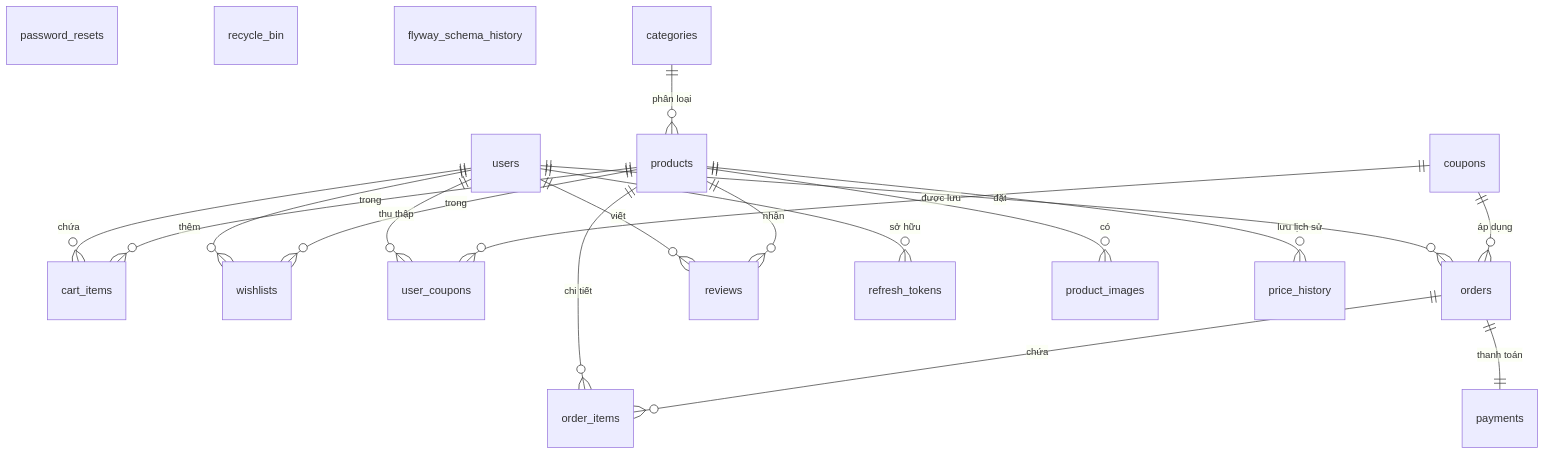
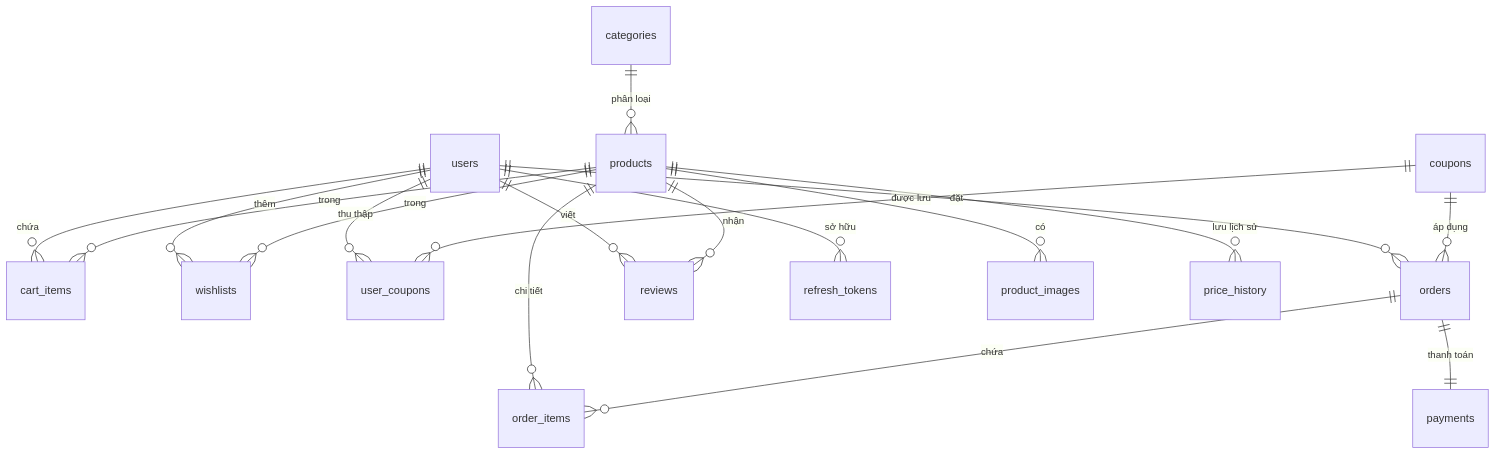
One commit to buithanhanhvu/WEBBANHANG changed the second of 2 diagrams in README.md. Above: the diagram before and after it, drawn with Mermaid. The commit also changed other lines of this file and 16 other files, not shown here.

````diff
--- a/README.md
+++ b/README.md
@@ -85,27 +103,22 @@
 ```mermaid
 erDiagram
     users ||--o{ cart_items : "chứa"
     users ||--o{ wishlists : "thêm"
     users ||--o{ user_coupons : "thu thập"
     users ||--o{ orders : "đặt"
     users ||--o{ reviews : "viết"
     users ||--o{ refresh_tokens : "sở hữu"
-    password_resets {}
-    recycle_bin {}
-    flyway_schema_history {}
     
     categories ||--o{ products : "phân loại"
-    
     products ||--o{ product_images : "có"
     products ||--o{ cart_items : "trong"
     products ||--o{ wishlists : "trong"
     products ||--o{ price_history : "lưu lịch sử"
     products ||--o{ order_items : "chi tiết"
     products ||--o{ reviews : "nhận"
     
     coupons ||--o{ user_coupons : "được lưu"
     coupons ||--o{ orders : "áp dụng"
-    
     orders ||--o{ order_items : "chứa"
     orders ||--|| payments : "thanh toán"
 ```
````
